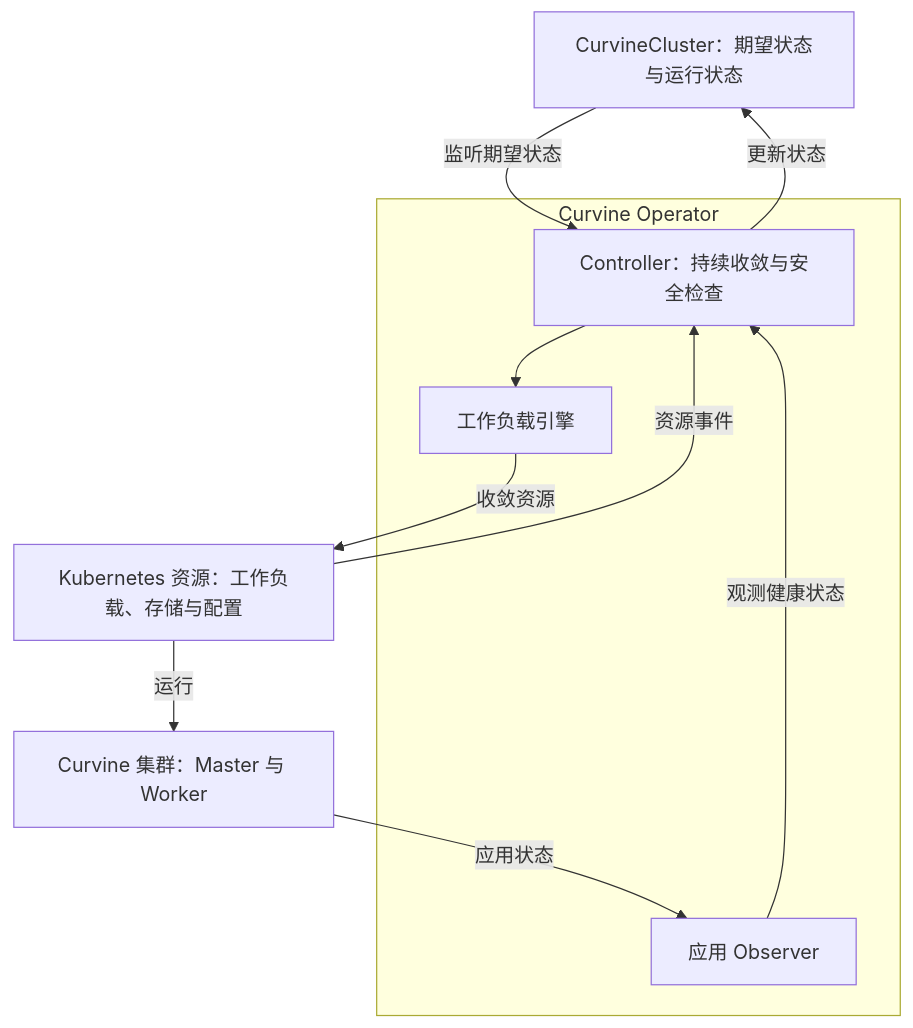
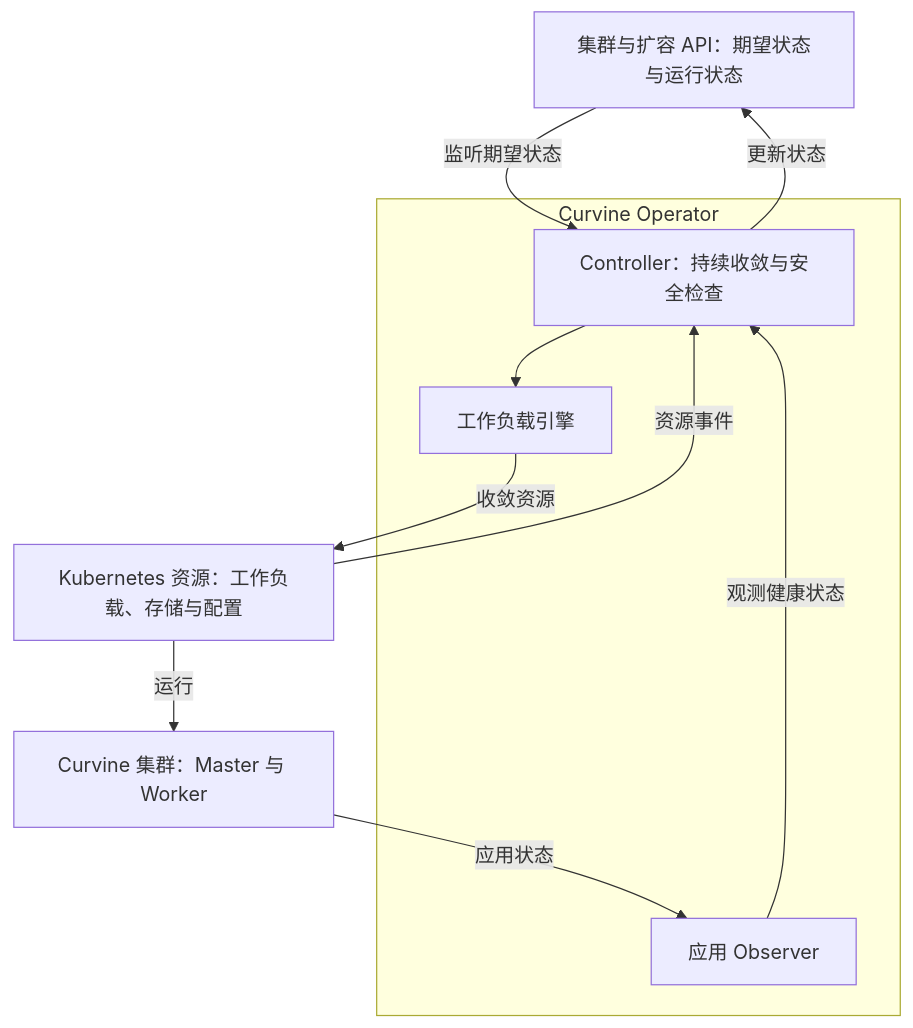
One commit to wsq2333/curvine-operator changed the diagram in README_zh.md. Above: the diagram before and after it, drawn with Mermaid. The commit also changed other lines of this file and 48 other files, not shown here.

````diff
--- a/README_zh.md
+++ b/README_zh.md
@@ -11,13 +11,13 @@
 ```mermaid
 flowchart TB
-  CR["CurvineCluster：期望状态与运行状态"] -->|监听期望状态| Controller
+  CR["集群与扩容 API：期望状态与运行状态"] -->|监听期望状态| Controller
   subgraph Operator["Curvine Operator"]
     Controller["Controller：持续收敛与安全检查"] --> Engine["工作负载引擎"]
     Observer["应用 Observer"] -->|观测健康状态| Controller
   end
   Controller -->|更新状态| CR
   Engine -->|收敛资源| Resources["Kubernetes 资源：工作负载、存储与配置"]
   Resources -->|资源事件| Controller
   Resources -->|运行| Cluster["Curvine 集群：Master 与 Worker"]
   Cluster -->|应用状态| Observer
 ```
````
